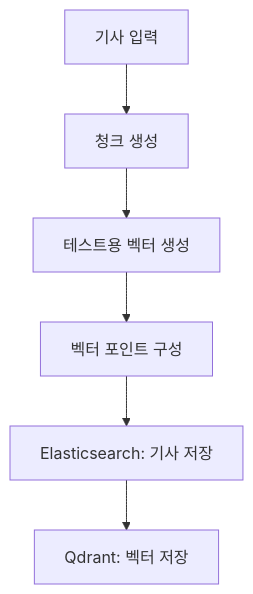
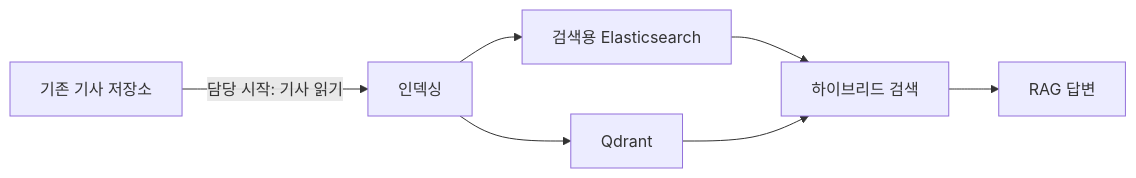
One commit to yh4752/news-indexing-pipeline changed the diagram in README.md. Above: the diagram before and after it, drawn with Mermaid. The commit also changed other lines of this file and 6 other files, not shown here.

````diff
--- a/README.md
+++ b/README.md
@@ -23,8 +30,9 @@
 ```mermaid
-flowchart TD
-    S["기사 입력"] --> T["청크 생성"]
-    T --> V["테스트용 벡터 생성"]
-    V --> I["벡터 포인트 구성"]
-    I --> E["Elasticsearch: 기사 저장"]
-    E --> Q["Qdrant: 벡터 저장"]
+flowchart LR
+    S["기존 기사 저장소"] -->|"담당 시작: 기사 읽기"| I["인덱싱"]
+    I --> E["검색용 Elasticsearch"]
+    I --> Q["Qdrant"]
+    E --> H["하이브리드 검색"]
+    Q --> H
+    H --> A["RAG 답변"]
 ```
````
